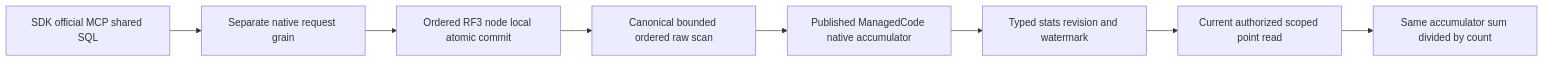
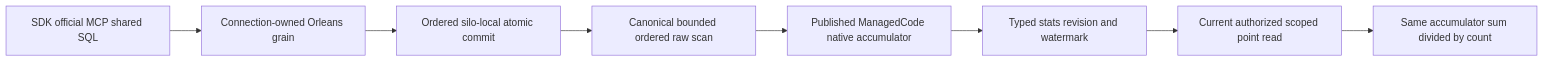
Before and after one commit to managedcode/KeyLoad: the diagram in docs/ADR/ADR-120-bounded-persisted-series-rollups.md, drawn with Mermaid. The commit also changed other lines of this file and 7356 other files, not shown here.

First line of the commit message:
Replace custom consensus with native Orleans storage services

````diff
--- a/docs/ADR/ADR-120-bounded-persisted-series-rollups.md
+++ b/docs/ADR/ADR-120-bounded-persisted-series-rollups.md
@@ -24,10 +24,10 @@
 ```mermaid
 flowchart LR
-  Caller[SDK official MCP shared SQL] --> Request[Separate native request grain]
-  Request --> Apply[Ordered RF3 node local atomic commit]
+  Caller[SDK official MCP shared SQL] --> Request[Connection-owned Orleans grain]
+  Request --> Apply[Ordered silo-local atomic commit]
   Apply --> Raw[Canonical bounded ordered raw scan]
   Raw --> Native[Published ManagedCode native accumulator]
   Native --> Bucket[Typed stats revision and watermark]
   Bucket --> Read[Current authorized scoped point read]
   Read --> Mean[Same accumulator sum divided by count]
 ```
````
